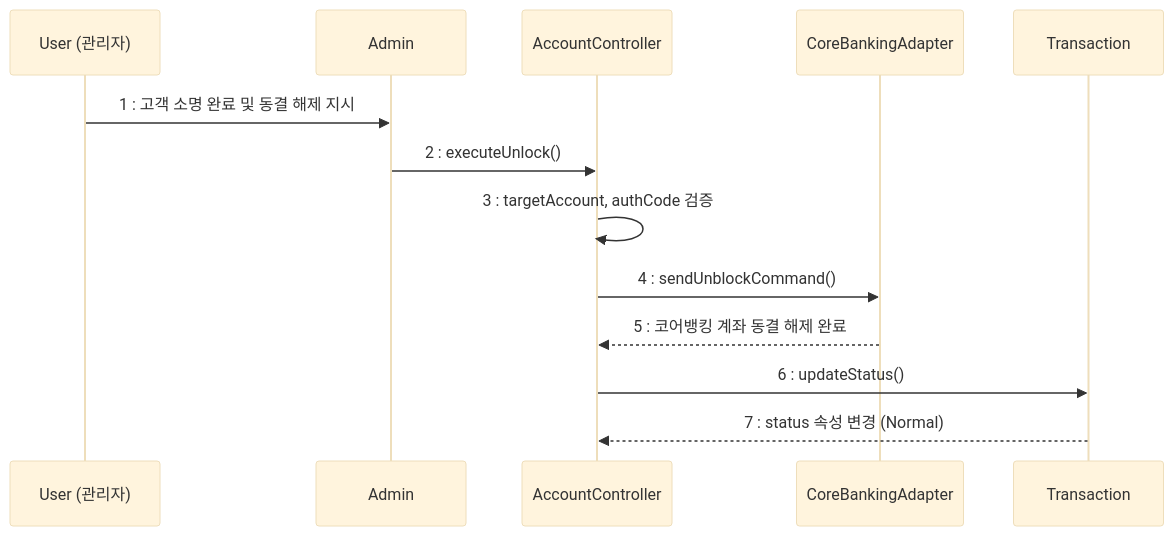
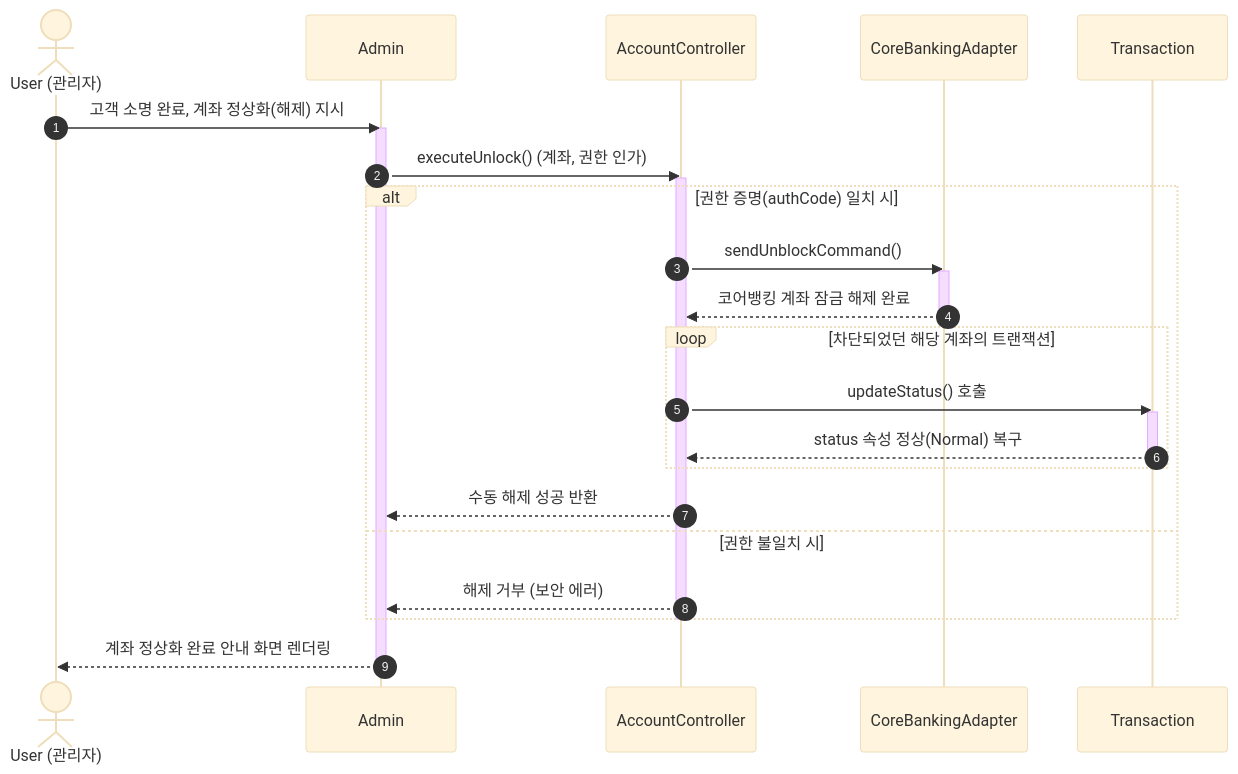
One commit to seokchaeyeon/2026_1_OSS changed diagram 11 of 12 in Design_[22411890_석채연].md. Above: the diagram before and after it, drawn with Mermaid (base theme). The commit also changed other lines of this file, not shown here.

````diff
--- a/Design_[22411890_석채연].md
+++ b/Design_[22411890_석채연].md
@@ -288,16 +414,34 @@
 ```mermaid
 sequenceDiagram
-    participant User as User (관리자)
+    autonumber
+    actor User as User (관리자)
     participant Admin as Admin
     participant Controller as AccountController
     participant Adapter as CoreBankingAdapter
     participant Tx as Transaction
 
-    User->>Admin: 1 : 고객 소명 완료 및 동결 해제 지시
-    Admin->>Controller: 2 : executeUnlock()
-    Controller->>Controller: 3 : targetAccount, authCode 검증
-    Controller->>Adapter: 4 : sendUnblockCommand()
-    Adapter-->>Controller: 5 : 코어뱅킹 계좌 동결 해제 완료
-    Controller->>Tx: 6 : updateStatus()
-    Tx-->>Controller: 7 : status 속성 변경 (Normal)
+    User->>Admin: 고객 소명 완료, 계좌 정상화(해제) 지시
+    activate Admin
+    Admin->>Controller: executeUnlock() (계좌, 권한 인가)
+    activate Controller
+    
+    alt 권한 증명(authCode) 일치 시
+        Controller->>Adapter: sendUnblockCommand()
+        activate Adapter
+        Adapter-->>Controller: 코어뱅킹 계좌 잠금 해제 완료
+        deactivate Adapter
+        
+        loop 차단되었던 해당 계좌의 트랜잭션
+            Controller->>Tx: updateStatus() 호출
+            activate Tx
+            Tx-->>Controller: status 속성 정상(Normal) 복구
+            deactivate Tx
+        end
+        Controller-->>Admin: 수동 해제 성공 반환
+    else 권한 불일치 시
+        Controller-->>Admin: 해제 거부 (보안 에러)
+    end
+    deactivate Controller
+    Admin-->>User: 계좌 정상화 완료 안내 화면 렌더링
+    deactivate Admin
 ```
````
